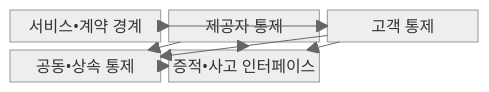
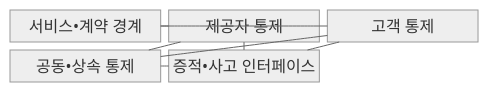
The first of 2 diagrams in src/content/docs/notes/05-security/071_shared_responsibility.md (agnusdei1207/knowledge-base), drawn with Mermaid (neutral theme) before and after one commit. The commit also changed other lines of this file and 493 other files, not shown here.

````diff
--- a/src/content/docs/notes/05-security/071_shared_responsibility.md
+++ b/src/content/docs/notes/05-security/071_shared_responsibility.md
@@ -63,16 +63,16 @@
 ```mermaid
 block-beta
   columns 3
   A["서비스•계약 경계"]
   B["제공자 통제"]
   C["고객 통제"]
   D["공동•상속 통제"]
   E["증적•사고 인터페이스"]
-  A --> B
-  A --> C
-  B --> D
-  C --> D
-  B --> E
-  C --> E
-  D --> E
+  A --- B
+  A --- C
+  B --- D
+  C --- D
+  B --- E
+  C --- E
+  D --- E
 ```
````
